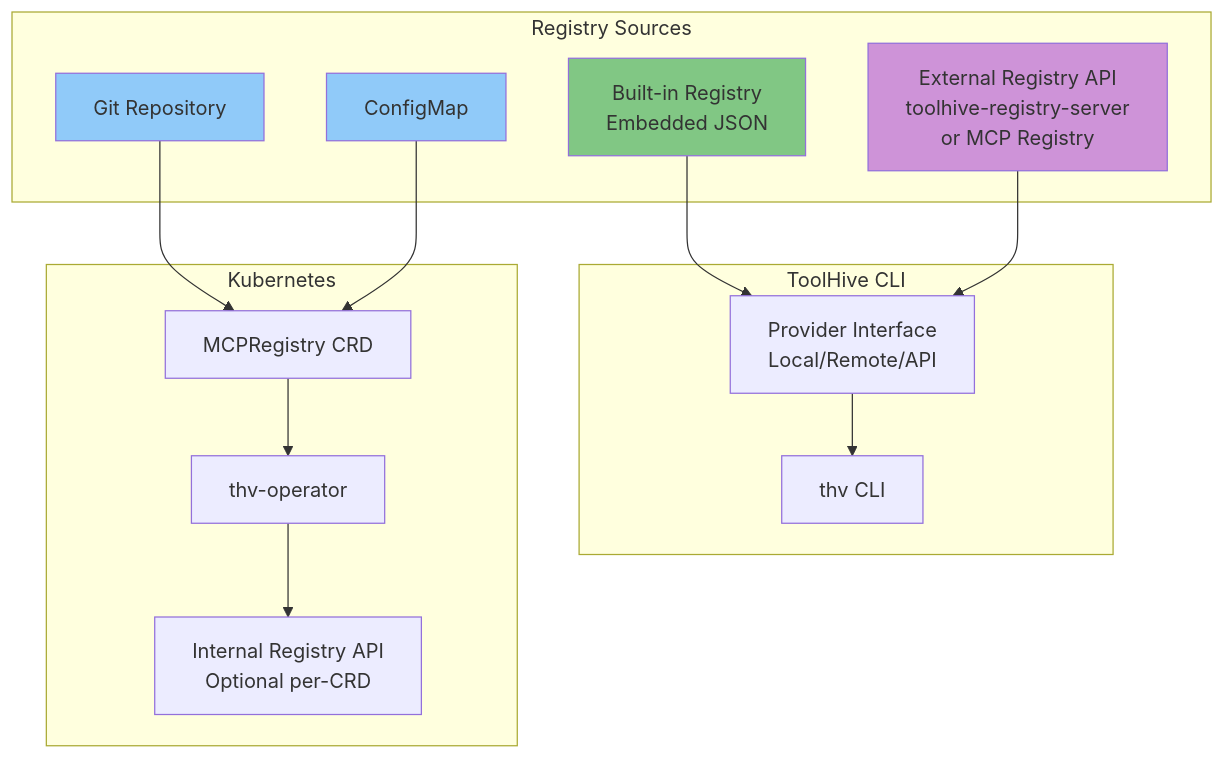
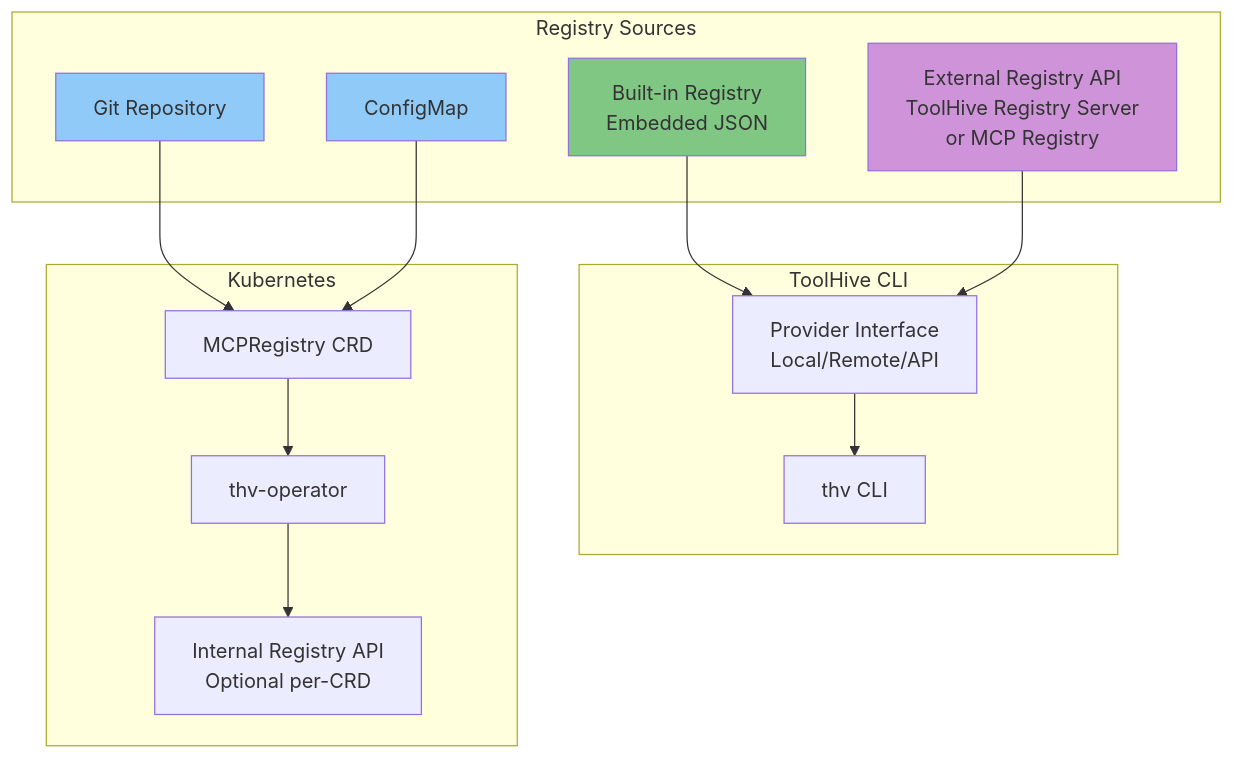
Before and after one commit to stacklok/toolhive: the diagram in docs/arch/06-registry-system.md, drawn with Mermaid. The commit also changed other lines of this file and 2 other files, not shown here.

Commit message:
Update the language around the registry server

````diff
--- a/docs/arch/06-registry-system.md
+++ b/docs/arch/06-registry-system.md
@@ -17,34 +17,34 @@
 ```mermaid
 graph TB
     subgraph "Registry Sources"
         Builtin[Built-in Registry<br/>Embedded JSON]
         Git[Git Repository]
         CM[ConfigMap]
-        ExtAPI[External Registry API<br/>toolhive-registry-server<br/>or MCP Registry]
+        ExtAPI[External Registry API<br/>ToolHive Registry Server<br/>or MCP Registry]
     end
 
     subgraph "ToolHive CLI"
         CLI[thv CLI]
         Provider[Provider Interface<br/>Local/Remote/API]
     end
 
     subgraph "Kubernetes"
         MCPReg[MCPRegistry CRD]
         Operator[thv-operator]
         IntAPI[Internal Registry API<br/>Optional per-CRD]
     end
 
     Builtin --> Provider
     ExtAPI --> Provider
     Git --> MCPReg
     CM --> MCPReg
     Provider --> CLI
 
     MCPReg --> Operator
     Operator --> IntAPI
 
     style Builtin fill:#81c784
     style Git fill:#90caf9
     style CM fill:#90caf9
     style ExtAPI fill:#ce93d8
 ```
````
